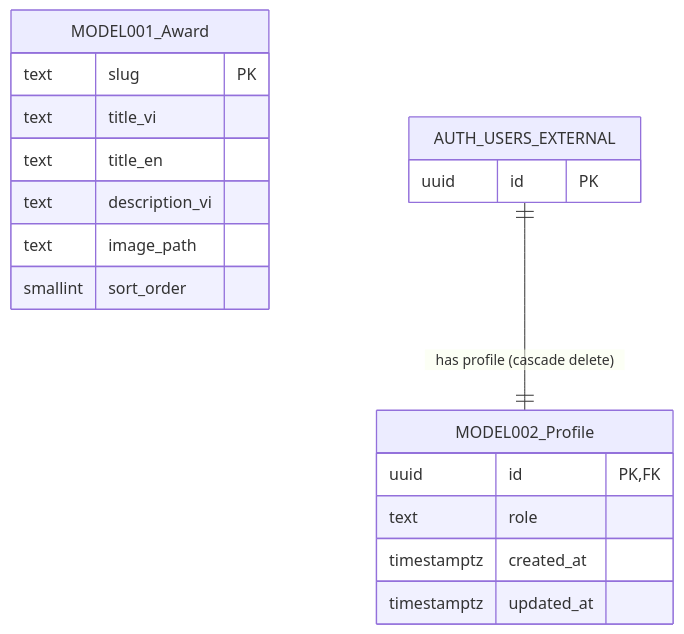
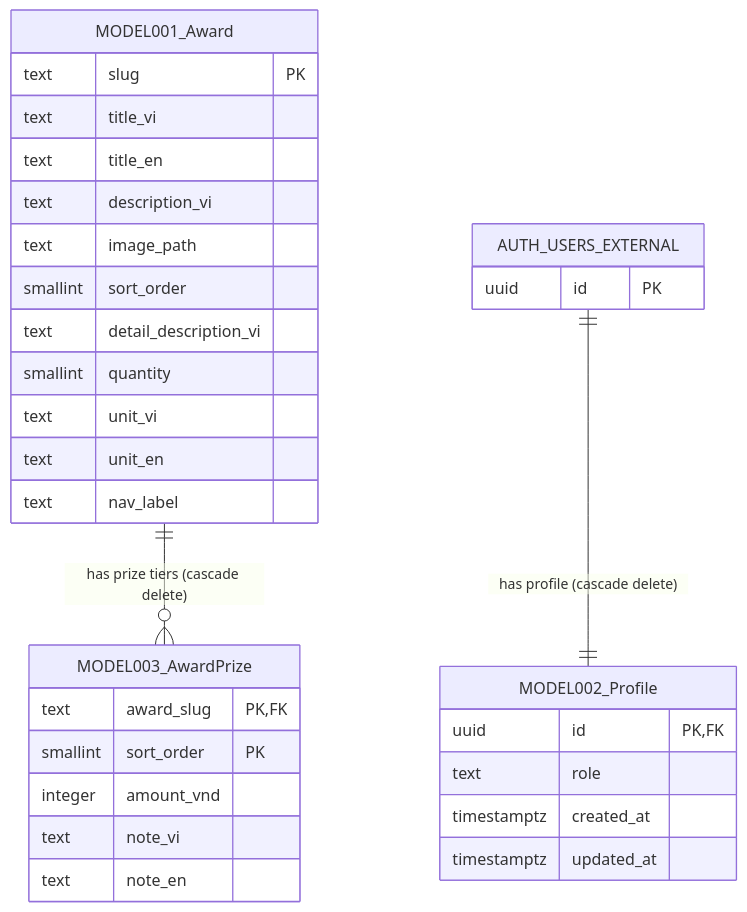
Before and after one commit to lannp-3774/agentic-coding-hands-on: the diagram in docs/generated/entities.md, drawn with Mermaid. The commit also changed other lines of this file and 23 other files, not shown here.

````diff
--- a/docs/generated/entities.md
+++ b/docs/generated/entities.md
@@ -10,21 +10,34 @@
 ```mermaid
 erDiagram
     MODEL001_Award {
         text slug PK
         text title_vi
         text title_en
         text description_vi
         text image_path
         smallint sort_order
+        text detail_description_vi
+        smallint quantity
+        text unit_vi
+        text unit_en
+        text nav_label
+    }
+    MODEL003_AwardPrize {
+        text award_slug PK, FK
+        smallint sort_order PK
+        integer amount_vnd
+        text note_vi
+        text note_en
     }
     MODEL002_Profile {
         uuid id PK, FK
         text role
         timestamptz created_at
         timestamptz updated_at
     }
     AUTH_USERS_EXTERNAL {
         uuid id PK
     }
     AUTH_USERS_EXTERNAL ||--|| MODEL002_Profile : "has profile (cascade delete)"
+    MODEL001_Award ||--o{ MODEL003_AwardPrize : "has prize tiers (cascade delete)"
 ```
````
